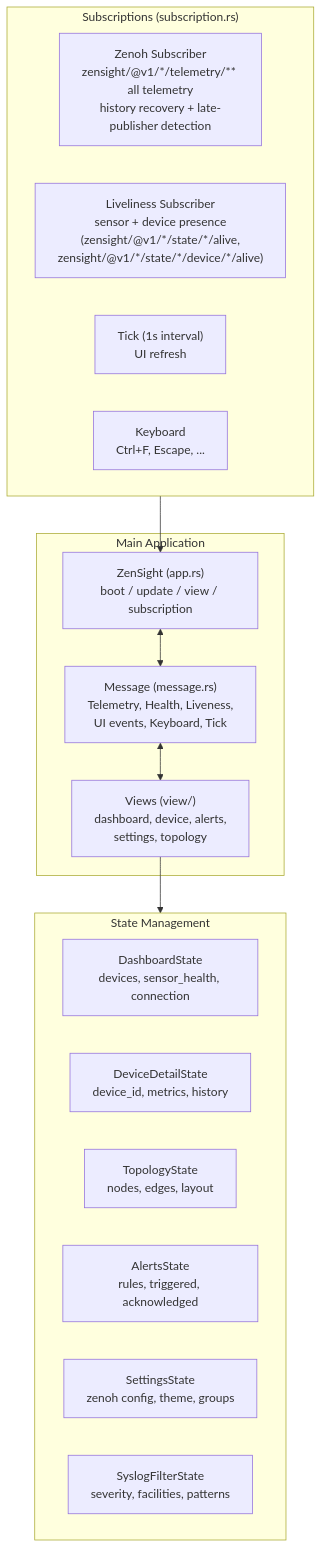
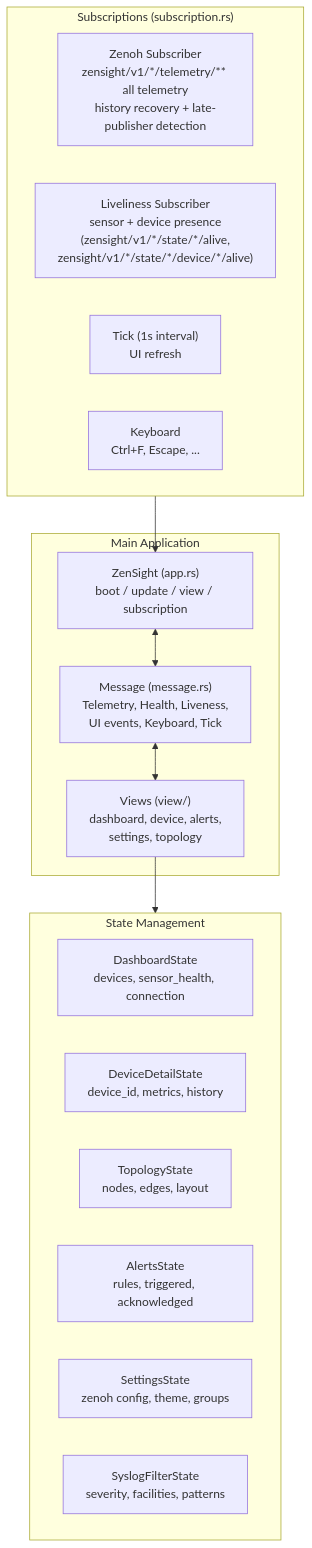
One commit to p13marc/zensight changed the fifth of 8 diagrams in docs/ARCHITECTURE.md. Above: the diagram before and after it, drawn with Mermaid. The commit also changed other lines of this file and 135 other files, not shown here.

````diff
--- a/docs/ARCHITECTURE.md
+++ b/docs/ARCHITECTURE.md
@@ -264,30 +265,30 @@
 ```mermaid
 flowchart TD
     subgraph Subs["Subscriptions (subscription.rs)"]
-        ZenohSub["Zenoh Subscriber<br/>zensight/@v1/*/telemetry/** all telemetry<br/>history recovery + late-publisher detection"]
-        LiveSub["Liveliness Subscriber<br/>sensor + device presence<br/>(zensight/@v1/*/state/*/alive,<br/>zensight/@v1/*/state/*/device/*/alive)"]
+        ZenohSub["Zenoh Subscriber<br/>zensight/v1/*/telemetry/** all telemetry<br/>history recovery + late-publisher detection"]
+        LiveSub["Liveliness Subscriber<br/>sensor + device presence<br/>(zensight/v1/*/state/*/alive,<br/>zensight/v1/*/state/*/device/*/alive)"]
         Tick["Tick (1s interval)<br/>UI refresh"]
         Keyboard["Keyboard<br/>Ctrl+F, Escape, ..."]
     end
 
     subgraph Core["Main Application"]
         App["ZenSight (app.rs)<br/>boot / update / view / subscription"]
         Msg["Message (message.rs)<br/>Telemetry, Health, Liveness,<br/>UI events, Keyboard, Tick"]
         Views["Views (view/)<br/>dashboard, device, alerts,<br/>settings, topology"]
     end
 
     Subs --> App
     App <--> Msg
     Msg <--> Views
 
     subgraph State["State Management"]
         Dashboard["DashboardState<br/>devices, sensor_health, connection"]
         DeviceDetail["DeviceDetailState<br/>device_id, metrics, history"]
         Topology["TopologyState<br/>nodes, edges, layout"]
         Alerts["AlertsState<br/>rules, triggered, acknowledged"]
         Settings["SettingsState<br/>zenoh config, theme, groups"]
         SyslogFilter["SyslogFilterState<br/>severity, facilities, patterns"]
     end
 
     Views --> State
 ```
````
